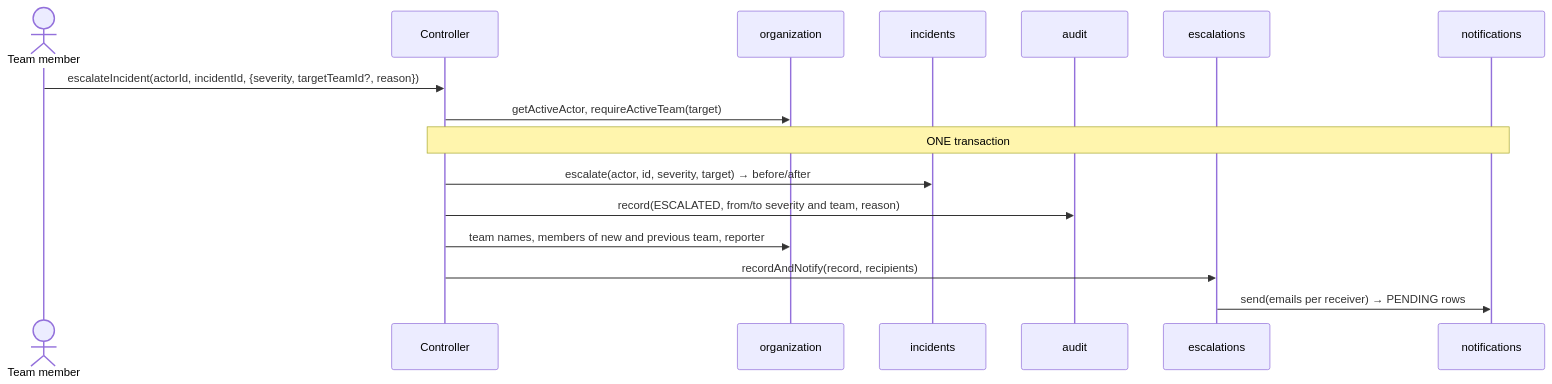
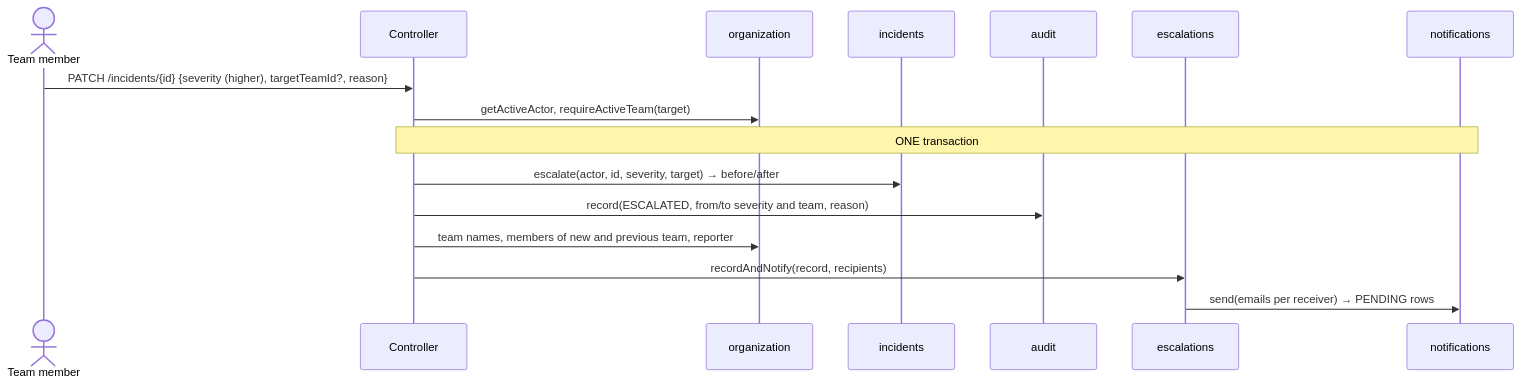
The third of 4 diagrams in docs/system-design.md (t-h-e-silence/IncidentManagmentTool), drawn with Mermaid before and after one commit. The commit also changed other lines of this file and 57 other files, not shown here.

````diff
--- a/docs/system-design.md
+++ b/docs/system-design.md
@@ -131,18 +129,18 @@
 ```mermaid
 sequenceDiagram
     actor M as Team member
     participant C as Controller
     participant O as organization
     participant I as incidents
     participant A as audit
     participant E as escalations
     participant N as notifications
-    M->>C: escalateIncident(actorId, incidentId, {severity, targetTeamId?, reason})
+    M->>C: PATCH /incidents/{id} {severity (higher), targetTeamId?, reason}
     C->>O: getActiveActor, requireActiveTeam(target)
     Note over C,N: ONE transaction
     C->>I: escalate(actor, id, severity, target) → before/after
     C->>A: record(ESCALATED, from/to severity and team, reason)
     C->>O: team names, members of new and previous team, reporter
     C->>E: recordAndNotify(record, recipients)
     E->>N: send(emails per receiver) → PENDING rows
 ```
````
